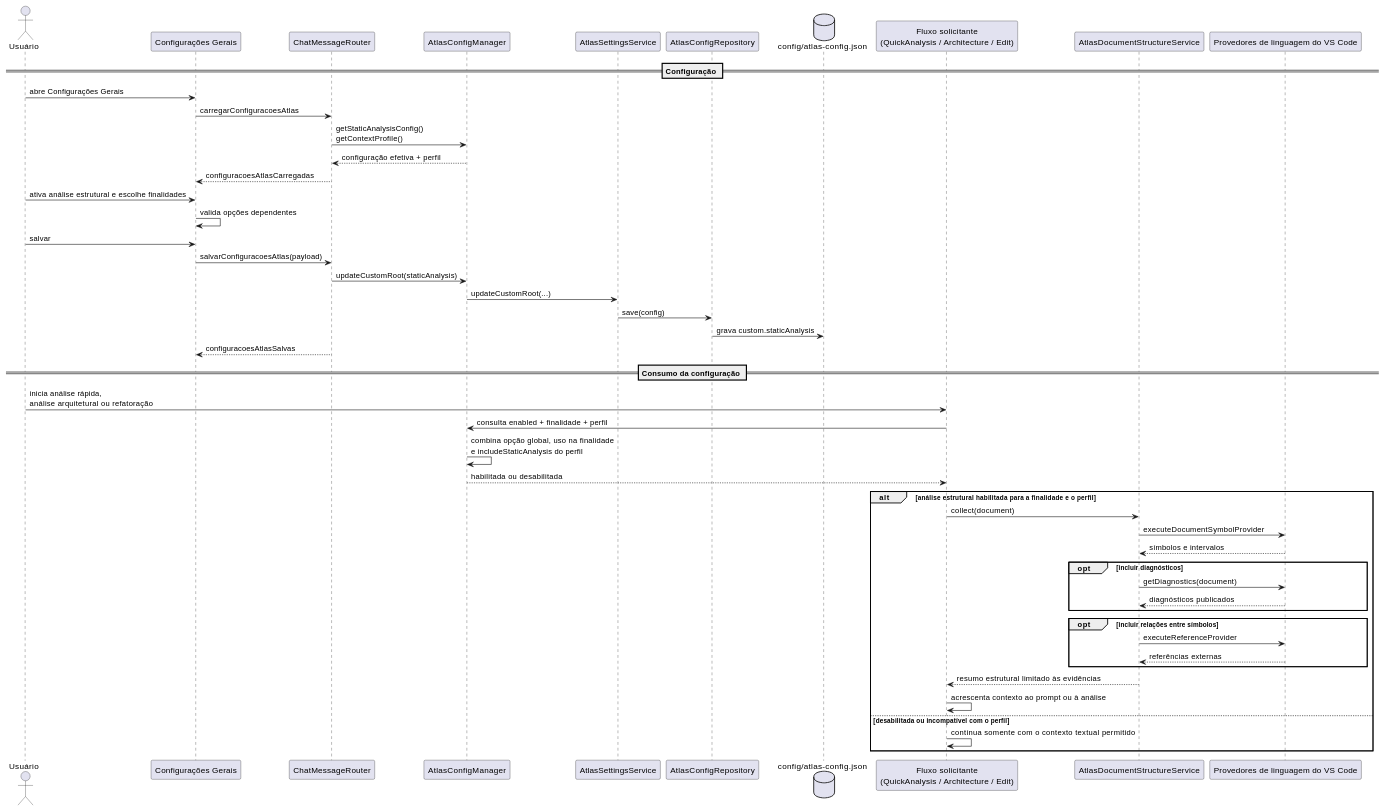
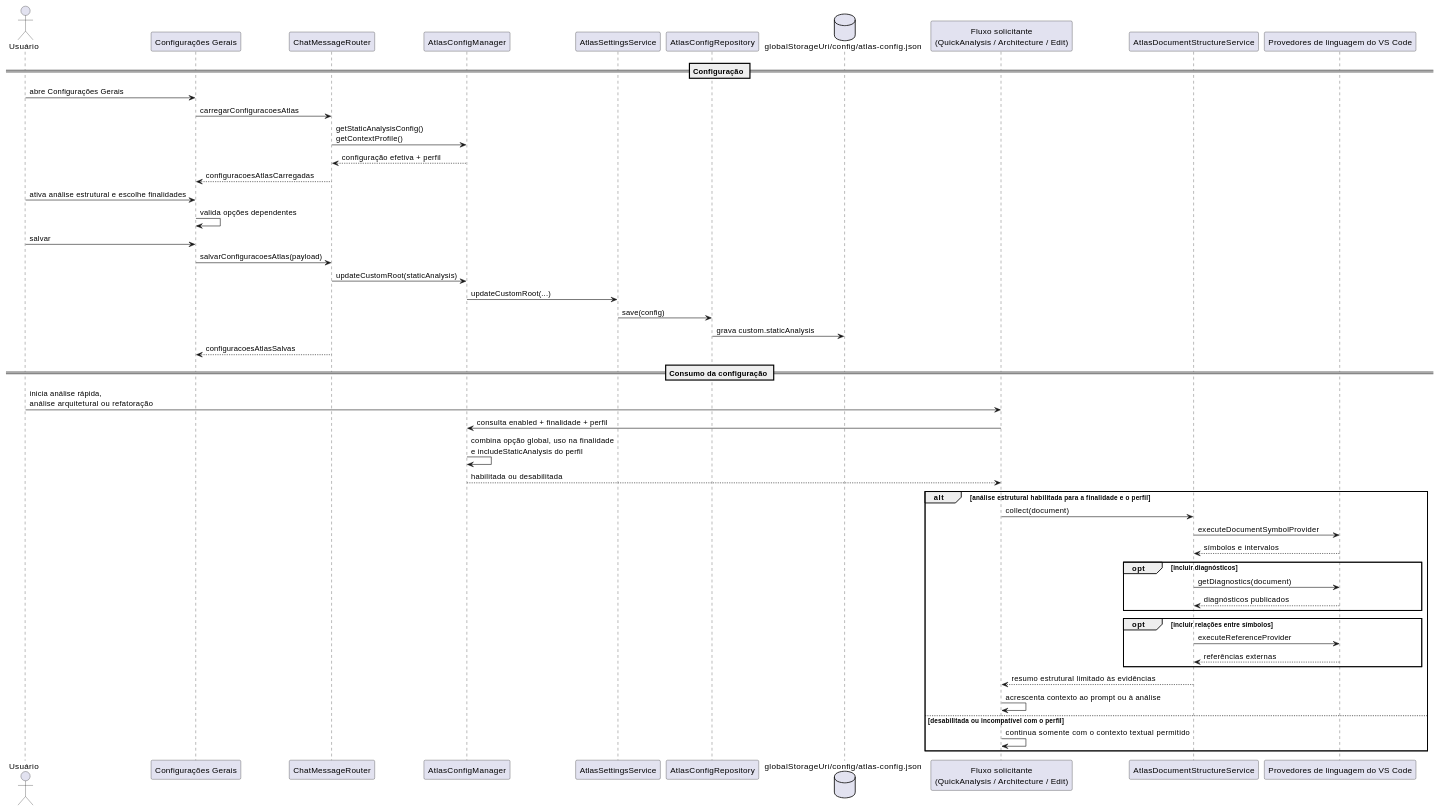
One commit to JVictorVI/ATLAS changed diagram 38 of 41 in docs/plantuml-diagramas-por-caso-de-uso-atlas.md. Above: the diagram before and after it, drawn with PlantUML. The commit also changed other lines of this file and 34 other files, not shown here.

````diff
--- a/docs/plantuml-diagramas-por-caso-de-uso-atlas.md
+++ b/docs/plantuml-diagramas-por-caso-de-uso-atlas.md
@@ -1442,54 +1495,54 @@
 ```plantuml
 @startuml
 skinparam shadowing false
 actor Usuário
 participant "Configurações Gerais" as Webview
 participant ChatMessageRouter as Router
 participant AtlasConfigManager as Config
 participant AtlasSettingsService as Settings
 participant AtlasConfigRepository as Repository
-database "config/atlas-config.json" as ConfigFile
+database "globalStorageUri/config/atlas-config.json" as ConfigFile
 participant "Fluxo solicitante\n(QuickAnalysis / Architecture / Edit)" as Consumer
 participant AtlasDocumentStructureService as Structure
 participant "Provedores de linguagem do VS Code" as LanguageProviders
 
 == Configuração ==
 Usuário -> Webview : abre Configurações Gerais
 Webview -> Router : carregarConfiguracoesAtlas
 Router -> Config : getStaticAnalysisConfig()\ngetContextProfile()
 Config --> Router : configuração efetiva + perfil
 Router --> Webview : configuracoesAtlasCarregadas
 Usuário -> Webview : ativa análise estrutural e escolhe finalidades
 Webview -> Webview : valida opções dependentes
 Usuário -> Webview : salvar
 Webview -> Router : salvarConfiguracoesAtlas(payload)
 Router -> Config : updateCustomRoot(staticAnalysis)
 Config -> Settings : updateCustomRoot(...)
 Settings -> Repository : save(config)
 Repository -> ConfigFile : grava custom.staticAnalysis
 Router --> Webview : configuracoesAtlasSalvas
 
 == Consumo da configuração ==
 Usuário -> Consumer : inicia análise rápida,\nanálise arquitetural ou refatoração
 Consumer -> Config : consulta enabled + finalidade + perfil
 Config -> Config : combina opção global, uso na finalidade\ne includeStaticAnalysis do perfil
 Config --> Consumer : habilitada ou desabilitada
 alt análise estrutural habilitada para a finalidade e o perfil
   Consumer -> Structure : collect(document)
   Structure -> LanguageProviders : executeDocumentSymbolProvider
   LanguageProviders --> Structure : símbolos e intervalos
   opt incluir diagnósticos
     Structure -> LanguageProviders : getDiagnostics(document)
     LanguageProviders --> Structure : diagnósticos publicados
   end
   opt incluir relações entre símbolos
     Structure -> LanguageProviders : executeReferenceProvider
     LanguageProviders --> Structure : referências externas
   end
   Structure --> Consumer : resumo estrutural limitado às evidências
   Consumer -> Consumer : acrescenta contexto ao prompt ou à análise
 else desabilitada ou incompatível com o perfil
   Consumer -> Consumer : continua somente com o contexto textual permitido
 end
 @enduml
 ```
````
